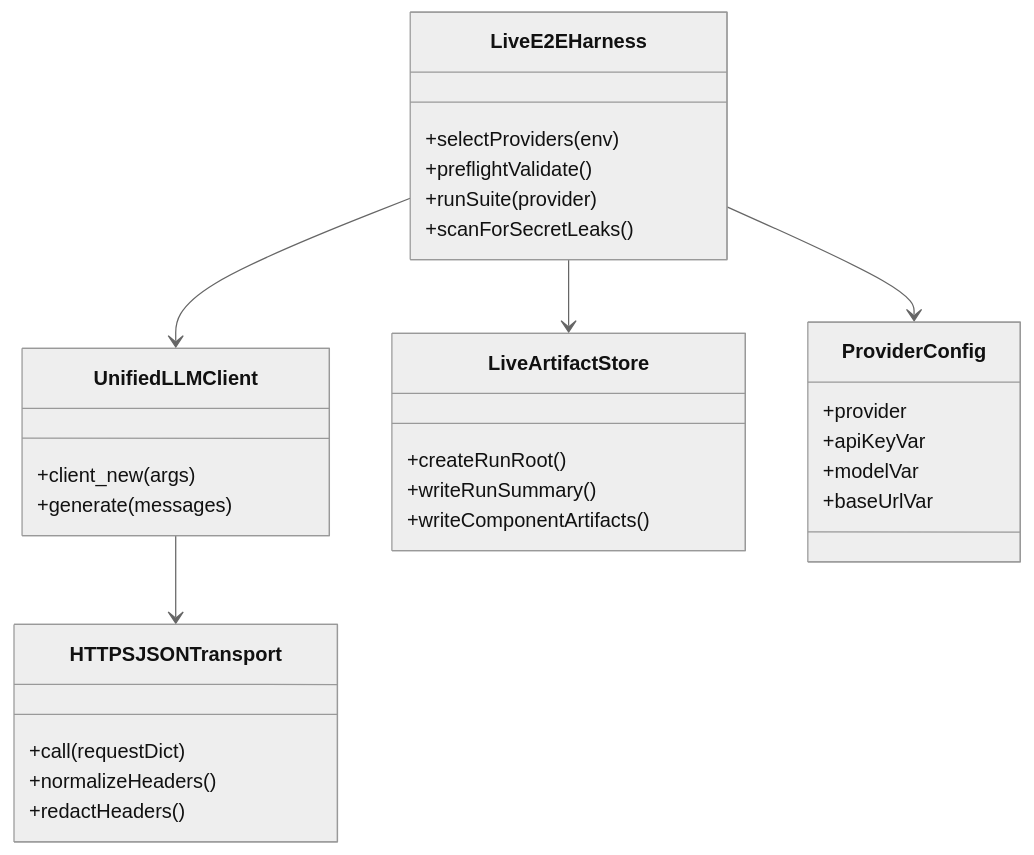
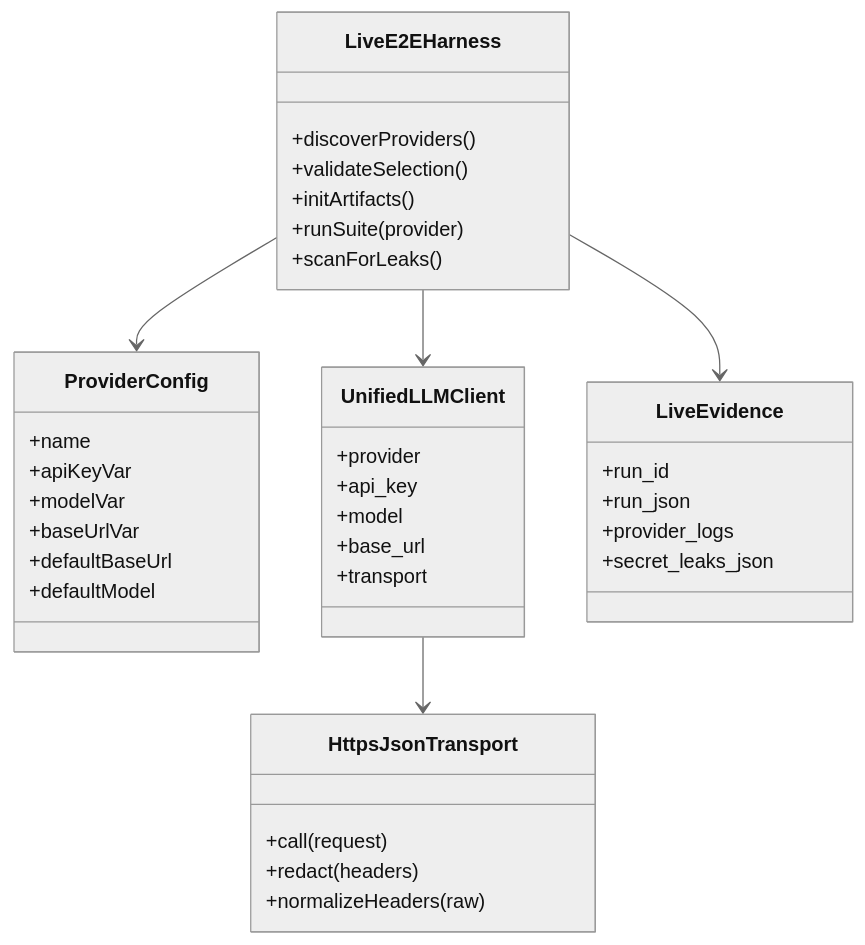
Before and after one commit to jaytaylor/attractor-tcl: the first of 5 diagrams in docs/sprints/SPRINT-004-comprehensive-implementation-plan.md, drawn with Mermaid (neutral theme). The commit also changed other lines of this file, not shown here.

````diff
--- a/docs/sprints/SPRINT-004-comprehensive-implementation-plan.md
+++ b/docs/sprints/SPRINT-004-comprehensive-implementation-plan.md
@@ -1092,38 +418,45 @@
 ```mermaid
 classDiagram
   class LiveE2EHarness {
-    +selectProviders(env)
-    +preflightValidate()
+    +discoverProviders()
+    +validateSelection()
+    +initArtifacts()
     +runSuite(provider)
-    +scanForSecretLeaks()
+    +scanForLeaks()
+  }
+
+  class ProviderConfig {
+    +name
+    +apiKeyVar
+    +modelVar
+    +baseUrlVar
+    +defaultBaseUrl
+    +defaultModel
   }
 
   class UnifiedLLMClient {
-    +client_new(args)
-    +generate(messages)
+    +provider
+    +api_key
+    +model
+    +base_url
+    +transport
   }
 
-  class HTTPSJSONTransport {
-    +call(requestDict)
-    +normalizeHeaders()
-    +redactHeaders()
+  class HttpsJsonTransport {
+    +call(request)
+    +redact(headers)
+    +normalizeHeaders(raw)
   }
 
-  class LiveArtifactStore {
-    +createRunRoot()
-    +writeRunSummary()
-    +writeComponentArtifacts()
-  }
-
-  class ProviderConfig {
-    +provider
-    +apiKeyVar
-    +modelVar
-    +baseUrlVar
+  class LiveEvidence {
+    +run_id
+    +run_json
+    +provider_logs
+    +secret_leaks_json
   }
 
   LiveE2EHarness --> ProviderConfig
   LiveE2EHarness --> UnifiedLLMClient
-  UnifiedLLMClient --> HTTPSJSONTransport
-  LiveE2EHarness --> LiveArtifactStore
+  UnifiedLLMClient --> HttpsJsonTransport
+  LiveE2EHarness --> LiveEvidence
 ```
````
